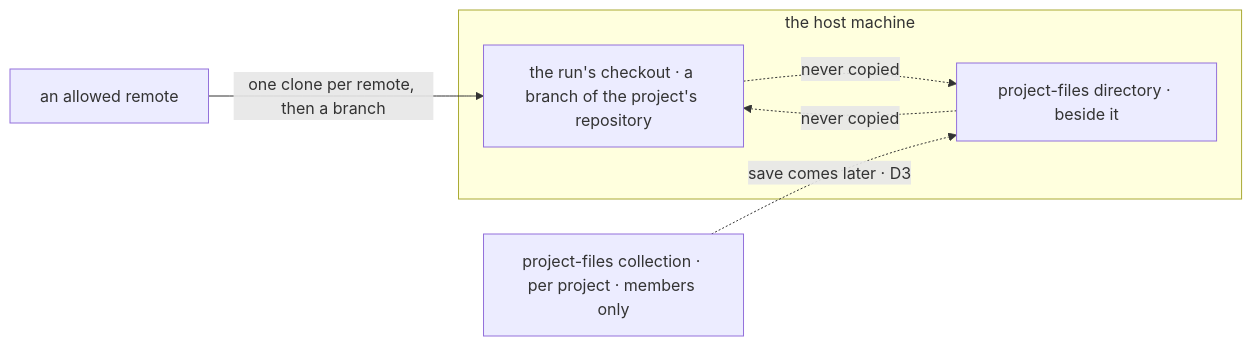
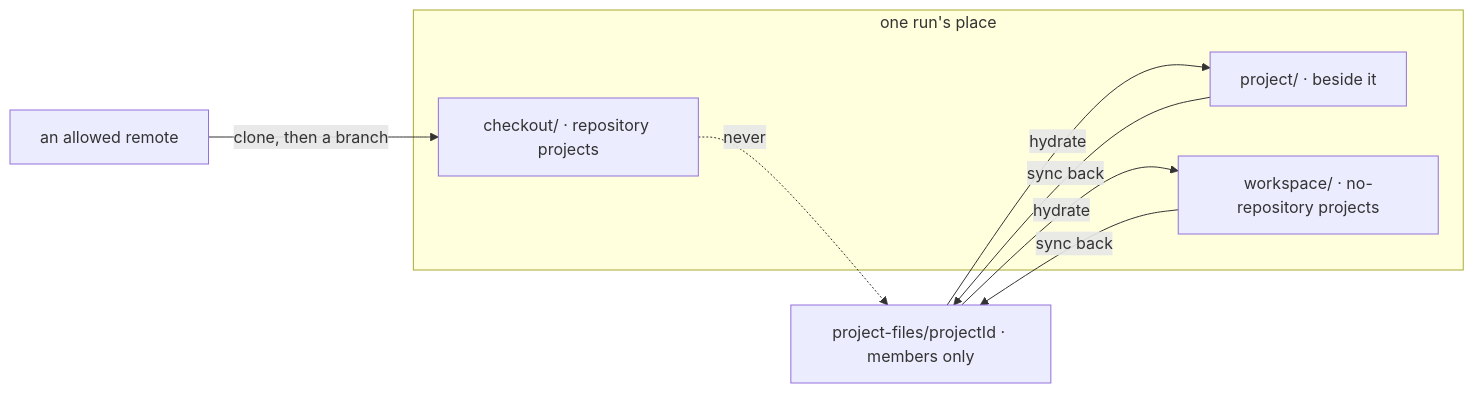
One commit to fixpoint-labs/flow-state-dev changed the diagram in specs/issues/FIX-1762/BUSINESS-RULES.md. Above: the diagram before and after it, drawn with Mermaid. The commit also changed other lines of this file and 18 other files, not shown here.

First line of the commit message:
spec(FIX-1762): owner direction — files source, shared workspace host, slices 2–4

````diff
--- a/specs/issues/FIX-1762/BUSINESS-RULES.md
+++ b/specs/issues/FIX-1762/BUSINESS-RULES.md
@@ -58,11 +67,14 @@
 ```mermaid
 flowchart LR
-  subgraph host["the host machine"]
-    K["the run's checkout · a branch of the project's repository"]
-    S["project-files directory · beside it"]
+  subgraph place["one run's place"]
+    K["checkout/ · repository projects"]
+    S["project/ · beside it"]
+    W["workspace/ · no-repository projects"]
   end
-  K -.->|"never copied"| S
-  S -.->|"never copied"| K
-  R["an allowed remote"] -->|"one clone per remote, then a branch"| K
-  C["project-files collection · per project · members only"] -.->|"save comes later · D3"| S
+  R["an allowed remote"] -->|"clone, then a branch"| K
+  C["project-files/projectId · members only"] -->|"hydrate"| S
+  S -->|"sync back"| C
+  C -->|"hydrate"| W
+  W -->|"sync back"| C
+  K -.->|"never"| C
 ```
````
